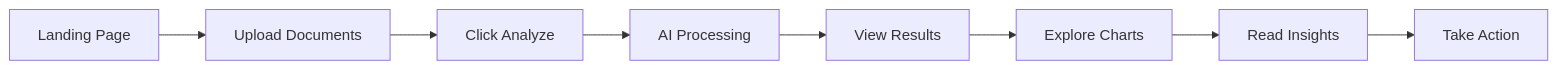
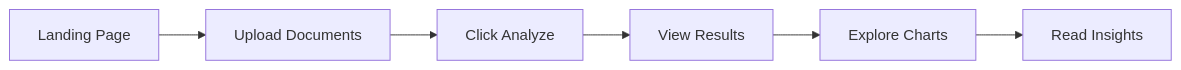
Before and after one commit to Pooja-Vishnoi/GenAI_Hackathon: the diagram in UI-UX.md, drawn with Mermaid. The commit also changed other lines of this file, not shown here.

Commit message:
Revise UI-UX documentation to enhance clarity and structure. Updated Table of Contents, added UI Architecture section, and detailed UI components and states. Improved user journey flow and best practices for developers. Included file structure overview for better navigation.

````diff
--- a/UI-UX.md
+++ b/UI-UX.md
@@ -50,10 +75,8 @@
 ```mermaid
 graph LR
     A[Landing Page] --> B[Upload Documents]
     B --> C[Click Analyze]
-    C --> D[AI Processing]
-    D --> E[View Results]
-    E --> F[Explore Charts]
-    F --> G[Read Insights]
-    G --> H[Take Action]
+    C --> D[View Results]
+    D --> E[Explore Charts]
+    E --> F[Read Insights]
 ```
````
